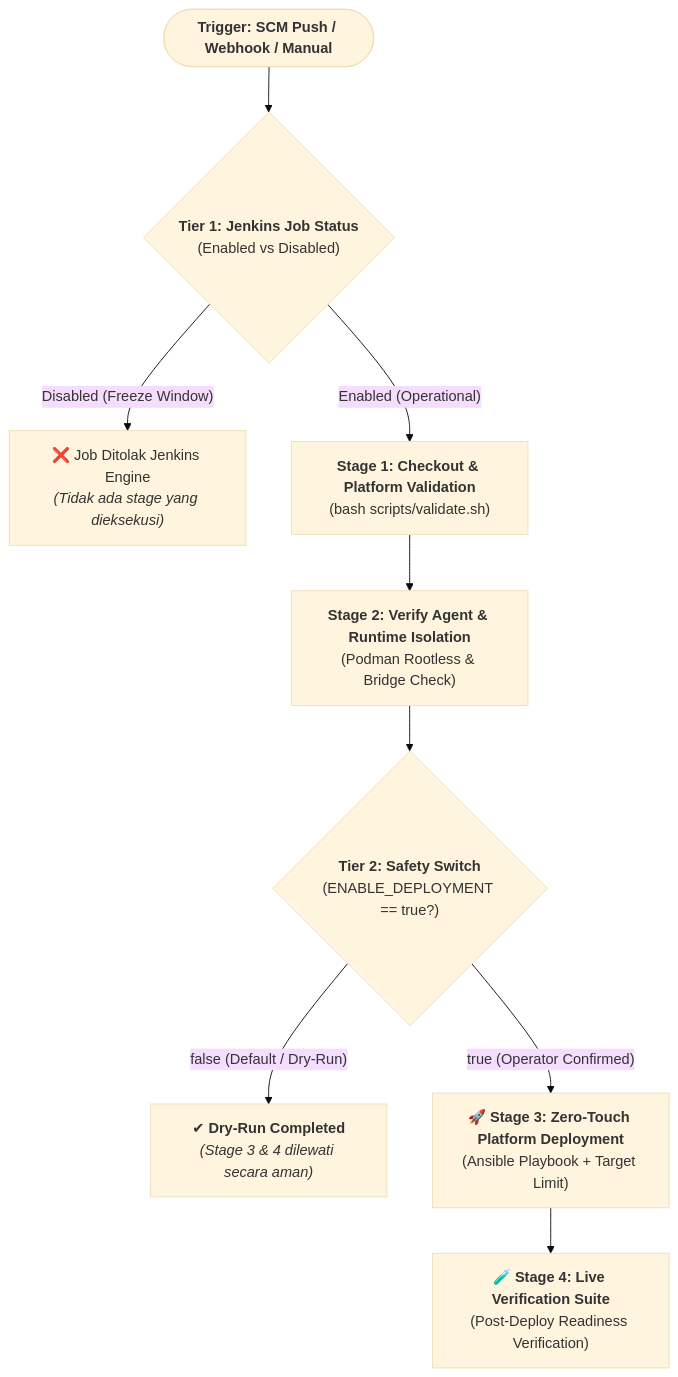
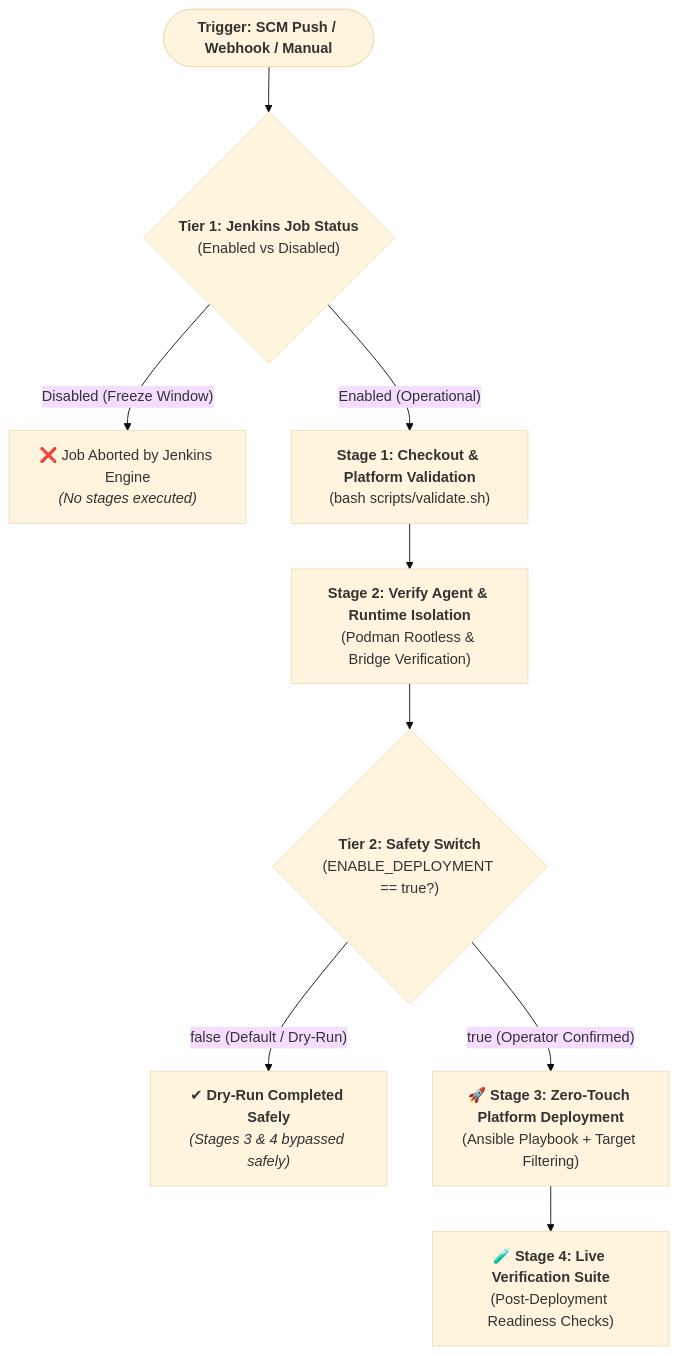
The second of 2 diagrams in README.md (edkas07-oss/tomcat-monitoring), drawn with Mermaid (base theme) before and after one commit. The commit also changed other lines of this file and 46 other files, not shown here.

````diff
--- a/README.md
+++ b/README.md
@@ -439,16 +469,16 @@
 ```mermaid
 flowchart TD
     TRIGGER(["<b>Trigger: SCM Push / Webhook / Manual</b>"]) --> TIER1{"<b>Tier 1: Jenkins Job Status</b><br/>(Enabled vs Disabled)"}
     
-    TIER1 -- "Disabled (Freeze Window)" --> ABORT1["❌ Job Ditolak Jenkins Engine<br/><i>(Tidak ada stage yang dieksekusi)</i>"]
+    TIER1 -- "Disabled (Freeze Window)" --> ABORT1["❌ Job Aborted by Jenkins Engine<br/><i>(No stages executed)</i>"]
     TIER1 -- "Enabled (Operational)" --> STAGE1["<b>Stage 1: Checkout & Platform Validation</b><br/>(bash scripts/validate.sh)"]
     
-    STAGE1 --> STAGE2["<b>Stage 2: Verify Agent & Runtime Isolation</b><br/>(Podman Rootless & Bridge Check)"]
+    STAGE1 --> STAGE2["<b>Stage 2: Verify Agent & Runtime Isolation</b><br/>(Podman Rootless & Bridge Verification)"]
     
     STAGE2 --> TIER2{"<b>Tier 2: Safety Switch</b><br/>(ENABLE_DEPLOYMENT == true?)"}
     
-    TIER2 -- "false (Default / Dry-Run)" --> DRYRUN["✔ <b>Dry-Run Completed</b><br/><i>(Stage 3 & 4 dilewati secara aman)</i>"]
-    TIER2 -- "true (Operator Confirmed)" --> STAGE3["🚀 <b>Stage 3: Zero-Touch Platform Deployment</b><br/>(Ansible Playbook + Target Limit)"]
+    TIER2 -- "false (Default / Dry-Run)" --> DRYRUN["✔ <b>Dry-Run Completed Safely</b><br/><i>(Stages 3 & 4 bypassed safely)</i>"]
+    TIER2 -- "true (Operator Confirmed)" --> STAGE3["🚀 <b>Stage 3: Zero-Touch Platform Deployment</b><br/>(Ansible Playbook + Target Filtering)"]
     
-    STAGE3 --> STAGE4["🧪 <b>Stage 4: Live Verification Suite</b><br/>(Post-Deploy Readiness Verification)"]
+    STAGE3 --> STAGE4["🧪 <b>Stage 4: Live Verification Suite</b><br/>(Post-Deployment Readiness Checks)"]
 ```
````
